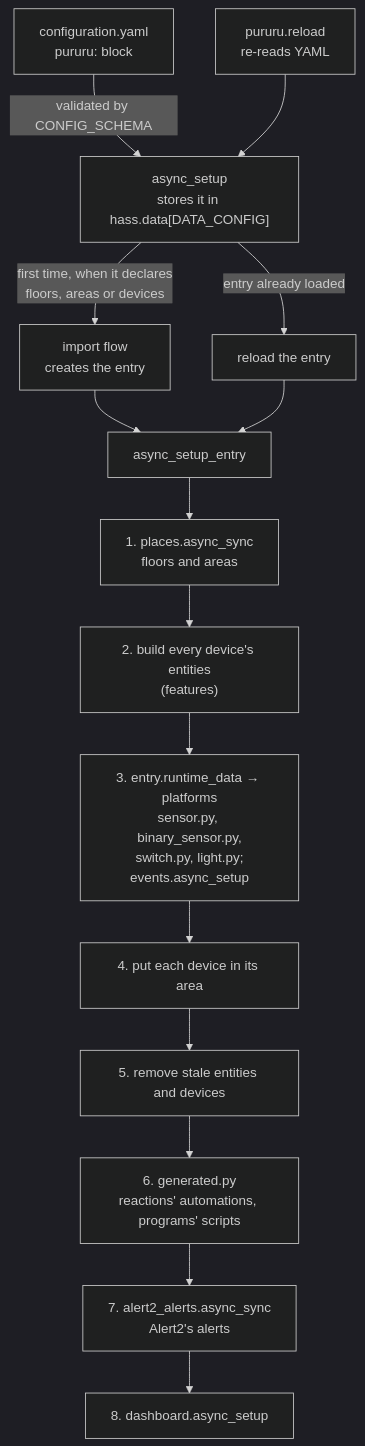
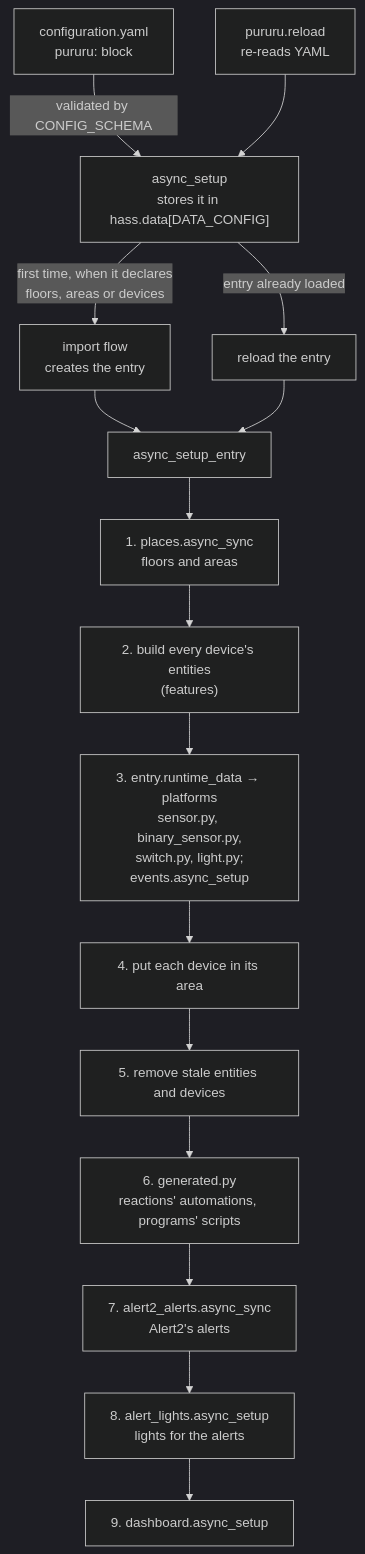
Before and after one commit to thatsnotmynameio/pururu-ha: the diagram in docs/develop/architecture.mdx, drawn with Mermaid (dark theme). The commit also changed other lines of this file and 20 other files, not shown here.

First line of the commit message:
pururu: alert lights (0.1.20) (#29)

````diff
--- a/docs/develop/architecture.mdx
+++ b/docs/develop/architecture.mdx
@@ -10,17 +10,18 @@
 ```mermaid
 flowchart TD
     Y["configuration.yaml<br/>pururu: block"] -->|"validated by CONFIG_SCHEMA"| S["async_setup<br/>stores it in hass.data[DATA_CONFIG]"]
     S -->|"first time, when it declares<br/>floors, areas or devices"| F["import flow<br/>creates the entry"]
     S -->|"entry already loaded"| R["reload the entry"]
     F --> E
     R --> E
     RS["pururu.reload<br/>re-reads YAML"] --> S
     E["async_setup_entry"] --> P1["1. places.async_sync<br/>floors and areas"]
     P1 --> P2["2. build every device's entities<br/>(features)"]
     P2 --> P3["3. entry.runtime_data → platforms<br/>sensor.py, binary_sensor.py,<br/>switch.py, light.py;<br/>events.async_setup"]
     P3 --> P4["4. put each device in its area"]
     P4 --> P5["5. remove stale entities and devices"]
     P5 --> P6["6. generated.py<br/>reactions' automations, programs' scripts"]
     P6 --> P7["7. alert2_alerts.async_sync<br/>Alert2's alerts"]
-    P7 --> P8["8. dashboard.async_setup"]
+    P7 --> P8["8. alert_lights.async_setup<br/>lights for the alerts"]
+    P8 --> P9["9. dashboard.async_setup"]
 ```
````
